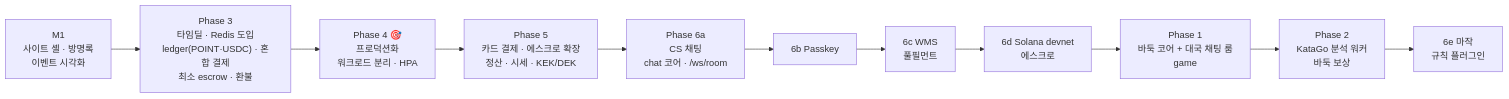
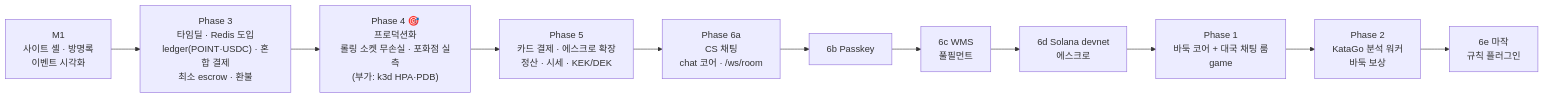
Before and after one commit to 1985jwlee/portpolio_backend: the first of 11 diagrams in docs/design/phases/00-platform-evolution.md, drawn with Mermaid. The commit also changed other lines of this file and 14 other files, not shown here.

````diff
--- a/docs/design/phases/00-platform-evolution.md
+++ b/docs/design/phases/00-platform-evolution.md
@@ -65,13 +65,13 @@
 ```mermaid
 flowchart LR
     M1["M1<br/>사이트 셸 · 방명록<br/>이벤트 시각화"] --> P3["Phase 3<br/>타임딜 · Redis 도입<br/>ledger(POINT·USDC) · 혼합 결제<br/>최소 escrow · 환불"]
-    P3 --> P4["Phase 4 🎯<br/>프로덕션화<br/>워크로드 분리 · HPA"]
+    P3 --> P4["Phase 4 🎯<br/>프로덕션화<br/>롤링 소켓 무손실 · 포화점 실측<br/>(부가: k3d HPA·PDB)"]
     P4 --> P5["Phase 5<br/>카드 결제 · 에스크로 확장<br/>정산 · 시세 · KEK/DEK"]
     P5 --> P6a["Phase 6a<br/>CS 채팅<br/>chat 코어 · /ws/room"]
     P6a --> P6b["6b Passkey"]
     P6b --> P6c["6c WMS<br/>풀필먼트"]
     P6c --> P6d["6d Solana devnet<br/>에스크로"]
     P6d --> P1["Phase 1<br/>바둑 코어 + 대국 채팅 룸<br/>game"]
     P1 --> P2["Phase 2<br/>KataGo 분석 워커<br/>바둑 보상"]
     P2 --> P6e["6e 마작<br/>규칙 플러그인"]
 ```
````
